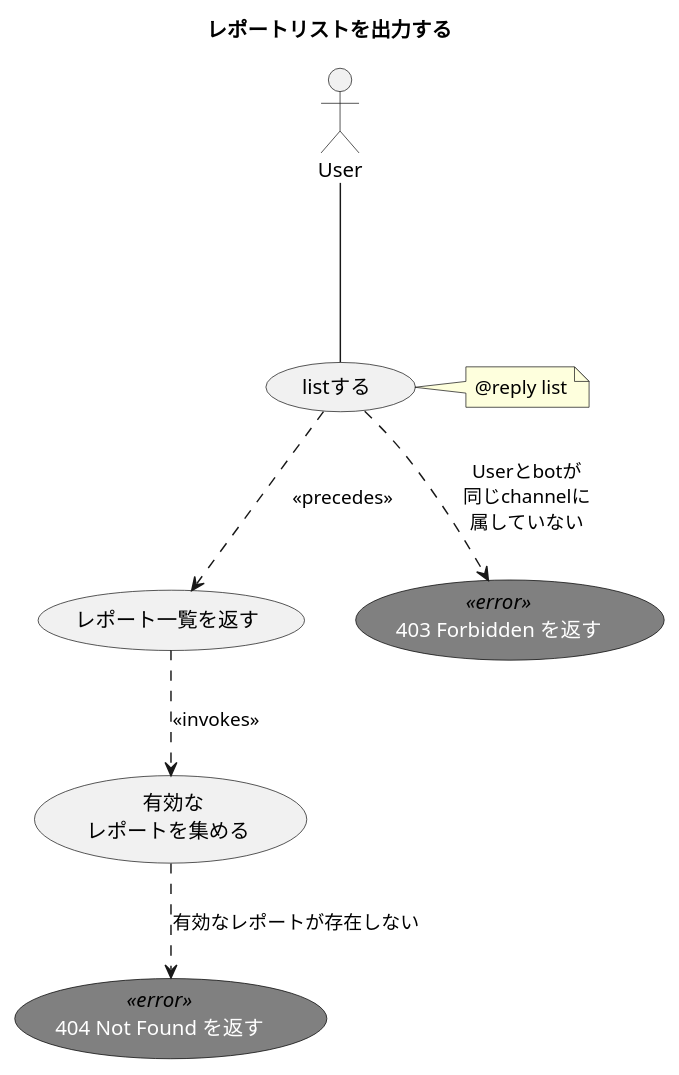
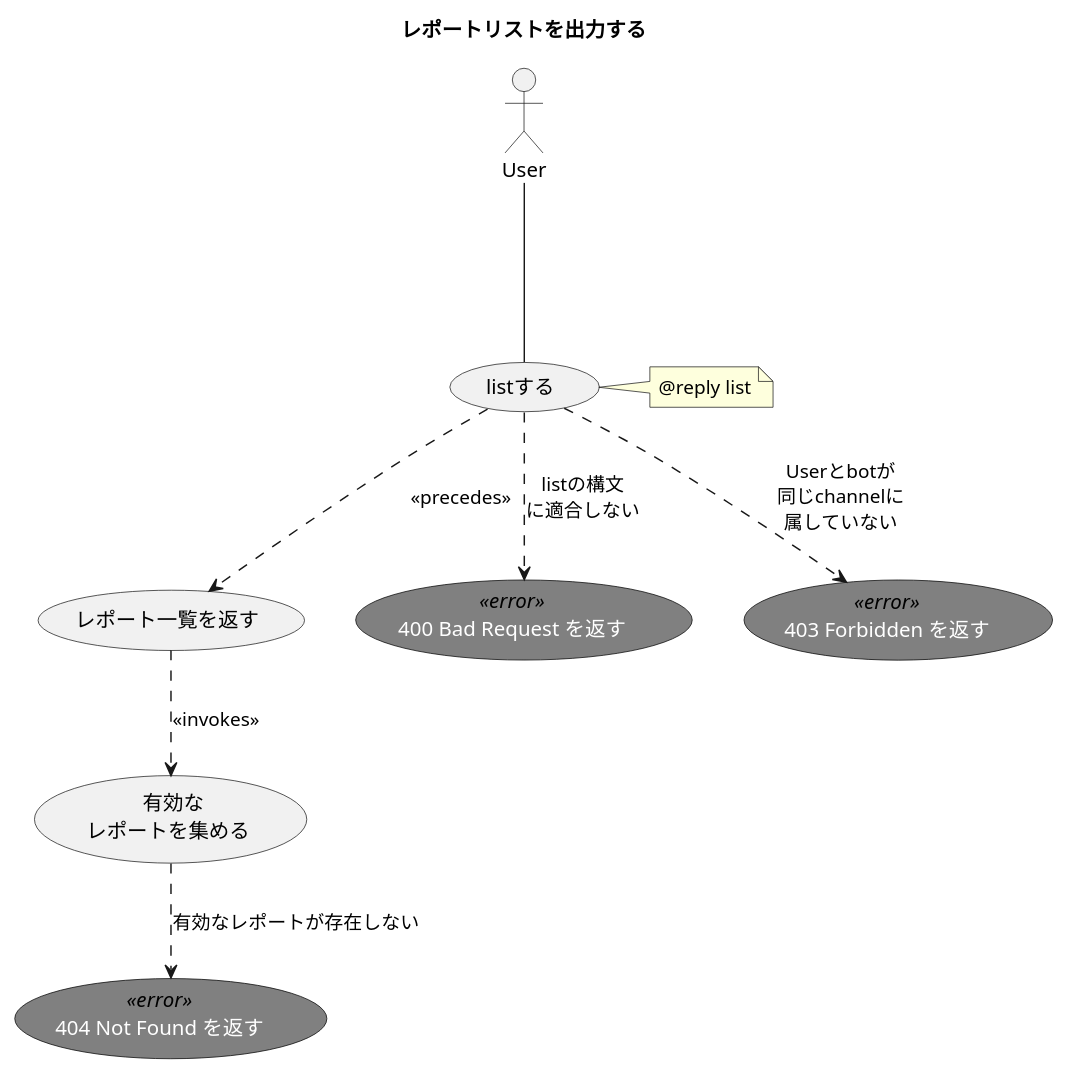
Before and after one commit to ito-masam/kpt-guard.doc: the diagram in 1.design/2.usecases/list-report.md, drawn with PlantUML. The commit also changed 4 other files, not shown here.

```diff
--- a/1.design/2.usecases/list-report.md
+++ b/1.design/2.usecases/list-report.md
@@ -1,31 +1,34 @@
 @startuml
 
     ' ----------- meta
     title レポートリストを出力する
 
     skinparam usecase {
       FontColor<<error>> white
       FontName<<error>> Verdana
       BackgroundColor<<error>> gray
       BorderColor<<error>> black
     }
 
     actor User
 
     ' ----------- main
     User --- ( listする )
     ( listする ) ..> ( レポート一覧を返す ) : << precedes >>
     ( レポート一覧を返す ) ..> ( 有効な\nレポートを集める ) : << invokes >>
 
     note right of ( listする )
       @reply list
     end note
 
     ' ----------- alternative
+    ( 400 Bad Request を返す ) <<error>>
+    ( listする ) ..> ( 400 Bad Request を返す ) : listの構文\nに適合しない
+
     ( 403 Forbidden を返す ) <<error>>
     ( listする ) ..> ( 403 Forbidden を返す ) : Userとbotが\n同じchannelに\n属していない
 
     ( 404 Not Found を返す ) <<error>>
     ( 有効な\nレポートを集める ) ..> ( 404 Not Found を返す ) : 有効なレポートが存在しない
 
 @enduml
```
